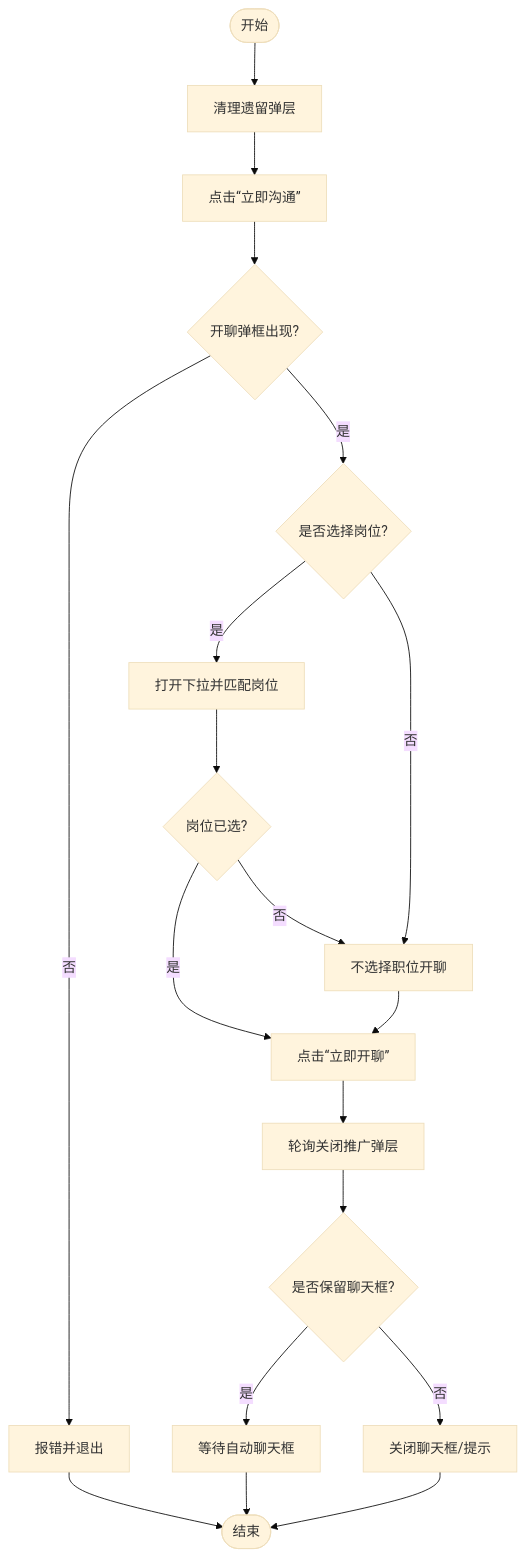
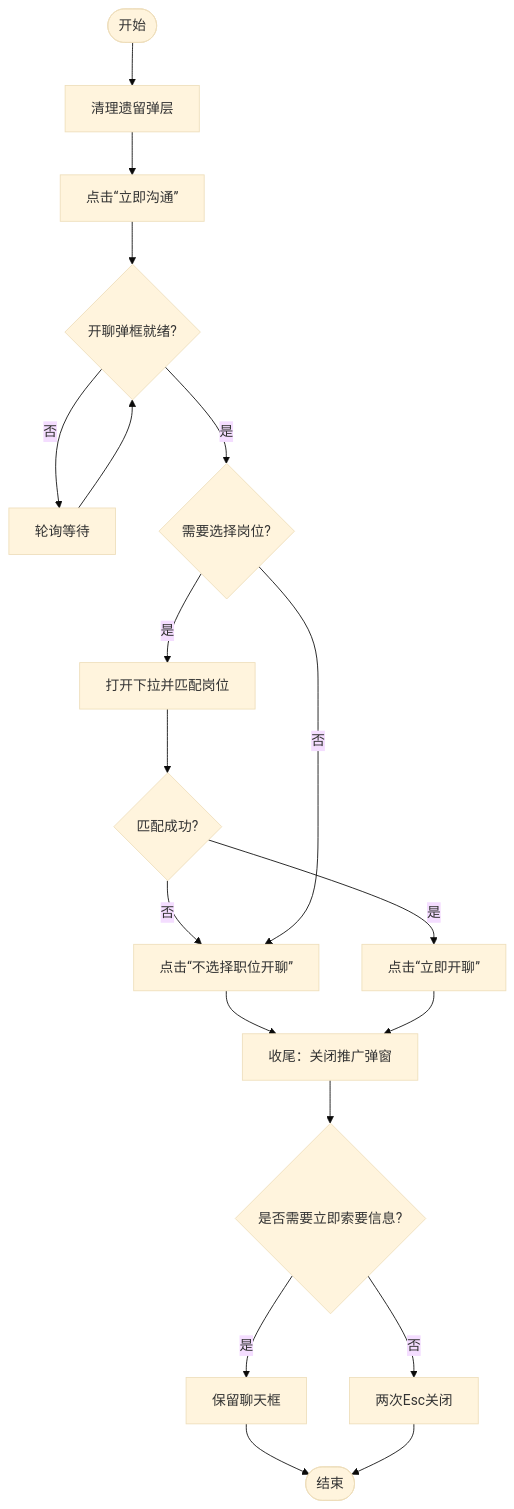
Before and after one commit to alvinwangzi/goodhr: the third of 5 diagrams in .qoder/repowiki/zh/content/本地执行器/平台适配器/猎聘适配器/在线沟通.md, drawn with Mermaid (base theme). The commit also changed other lines of this file and 149 other files, not shown here.

````diff
--- a/.qoder/repowiki/zh/content/本地执行器/平台适配器/猎聘适配器/在线沟通.md
+++ b/.qoder/repowiki/zh/content/本地执行器/平台适配器/猎聘适配器/在线沟通.md
@@ -129,21 +146,21 @@
 ```mermaid
 flowchart TD
-Start(["开始"]) --> Clean["清理遗留弹层"]
-Clean --> ClickGreet["点击“立即沟通”"]
-ClickGreet --> Modal{"开聊弹框出现?"}
-Modal --> |否| Error["报错并退出"]
-Modal --> |是| JobMode{"是否选择岗位?"}
+Start(["开始"]) --> Prep["清理遗留弹层"]
+Prep --> Click["点击“立即沟通”"]
+Click --> WaitModal{"开聊弹框就绪?"}
+WaitModal --> |否| Retry["轮询等待"]
+Retry --> WaitModal
+WaitModal --> |是| JobMode{"需要选择岗位?"}
 JobMode --> |是| SelectJob["打开下拉并匹配岗位"]
-JobMode --> |否| SkipJob["不选择职位开聊"]
-SelectJob --> Submit{"岗位已选?"}
-Submit --> |是| Confirm["点击“立即开聊”"]
-Submit --> |否| SkipJob
-SkipJob --> Confirm
-Confirm --> PostPromo["轮询关闭推广弹层"]
-PostPromo --> Finish{"是否保留聊天框?"}
-Finish --> |是| Keep["等待自动聊天框"]
-Finish --> |否| Close["关闭聊天框/提示"]
-Keep --> End(["结束"])
-Close --> End
-Error --> End
+SelectJob --> Matched{"匹配成功?"}
+Matched --> |是| Submit["点击“立即开聊”"]
+Matched --> |否| NoJob["点击“不选择职位开聊”"]
+JobMode --> |否| NoJob
+NoJob --> Finish["收尾：关闭推广弹窗"]
+Submit --> Finish
+Finish --> Preserve{"是否需要立即索要信息?"}
+Preserve --> |是| KeepChat["保留聊天框"]
+Preserve --> |否| CloseEsc["两次Esc关闭"]
+KeepChat --> End(["结束"])
+CloseEsc --> End
 ```
````
